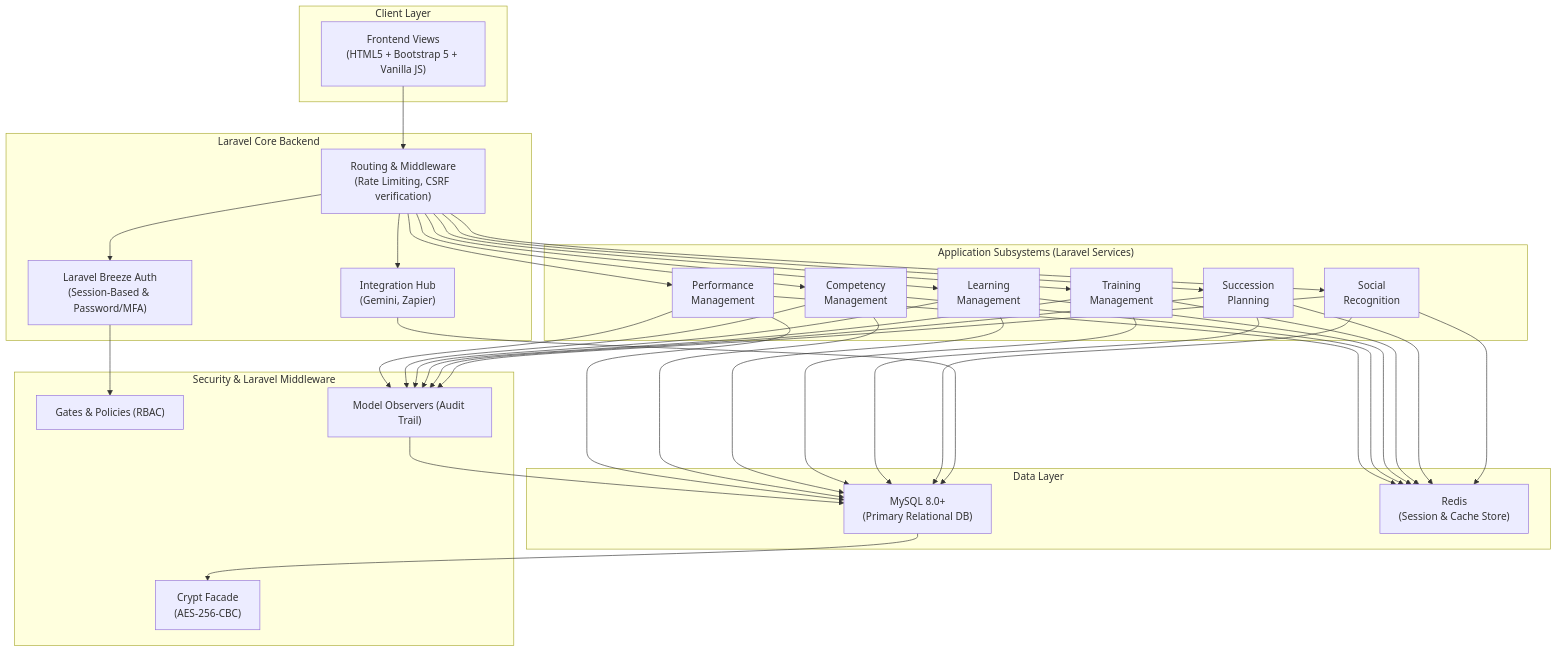
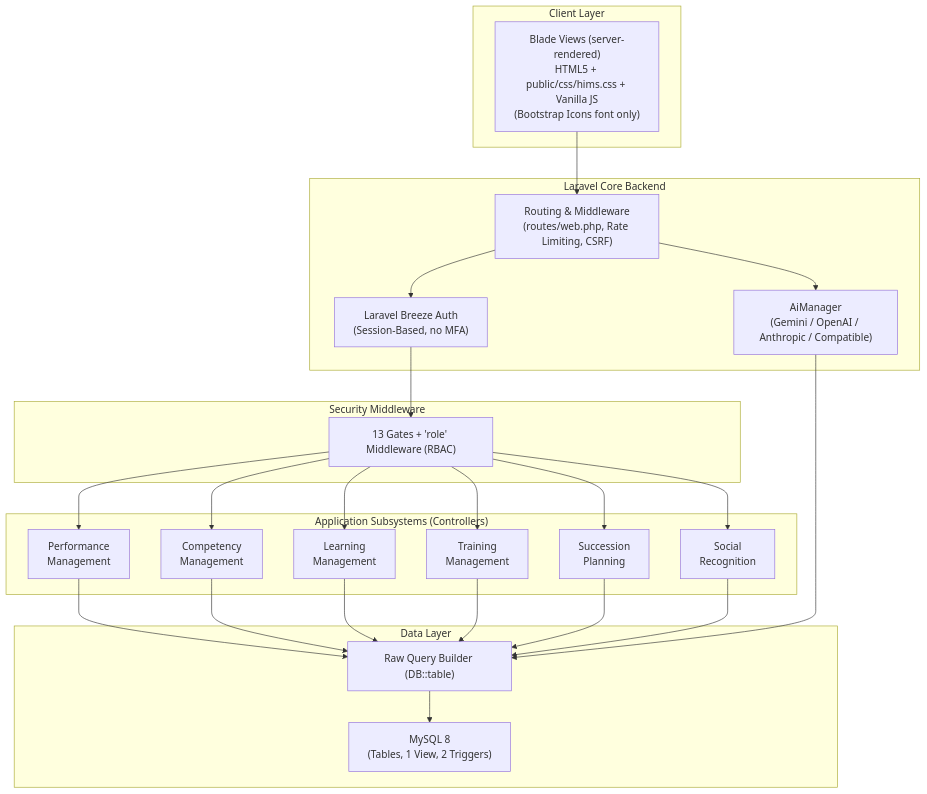
One commit to shikabane277/HIMS-v2 changed the first of 5 diagrams in HIMS_SYSTEM_DOCUMENTATION.md. Above: the diagram before and after it, drawn with Mermaid. The commit also changed other lines of this file and 66 other files, not shown here.

````diff
--- a/HIMS_SYSTEM_DOCUMENTATION.md
+++ b/HIMS_SYSTEM_DOCUMENTATION.md
@@ -16,43 +22,39 @@
 ```mermaid
 graph TB
     subgraph "Client Layer"
-        SPA["Frontend Views<br/>(HTML5 + Bootstrap 5 + Vanilla JS)"]
+        SPA["Blade Views (server-rendered)<br/>HTML5 + public/css/hims.css + Vanilla JS<br/>(Bootstrap Icons font only)"]
     end
 
     subgraph "Laravel Core Backend"
-        GW["Routing & Middleware<br/>(Rate Limiting, CSRF verification)"]
-        AUTH["Laravel Breeze Auth<br/>(Session-Based & Password/MFA)"]
-        INTEG["Integration Hub<br/>(Gemini, Zapier)"]
+        GW["Routing & Middleware<br/>(routes/web.php, Rate Limiting, CSRF)"]
+        AUTH["Laravel Breeze Auth<br/>(Session-Based, no MFA)"]
+        INTEG["AiManager<br/>(Gemini / OpenAI / Anthropic / Compatible)"]
     end
 
-    subgraph "Application Subsystems (Laravel Services)"
+    subgraph "Application Subsystems (Controllers)"
         PM["Performance<br/>Management"]
         CM["Competency<br/>Management"]
         LM["Learning<br/>Management"]
         TM["Training<br/>Management"]
         SP["Succession<br/>Planning"]
         SR["Social<br/>Recognition"]
     end
 
     subgraph "Data Layer"
-        MY["MySQL 8.0+<br/>(Primary Relational DB)"]
-        RD["Redis<br/>(Session & Cache Store)"]
+        QB["Raw Query Builder (DB::table)"]
+        MY["MySQL 8<br/>(Tables, 1 View, 2 Triggers)"]
     end
 
-    subgraph "Security & Laravel Middleware"
-        RBAC["Gates & Policies (RBAC)"]
-        AUDIT["Model Observers (Audit Trail)"]
-        ENC["Crypt Facade<br/>(AES-256-CBC)"]
+    subgraph "Security Middleware"
+        RBAC["13 Gates + 'role' Middleware (RBAC)"]
     end
 
     SPA --> GW
     GW --> AUTH
-    GW --> PM & CM & LM & TM & SP & SR & INTEG
-    PM & CM & LM & TM & SP & SR --> MY
-    PM & CM & LM & TM & SP & SR --> RD
-    INTEG --> MY
     AUTH --> RBAC
-    PM & CM & LM & TM & SP & SR --> AUDIT
-    AUDIT --> MY
-    MY --> ENC
+    RBAC --> PM & CM & LM & TM & SP & SR
+    GW --> INTEG
+    PM & CM & LM & TM & SP & SR --> QB
+    INTEG --> QB
+    QB --> MY
 ```
````
